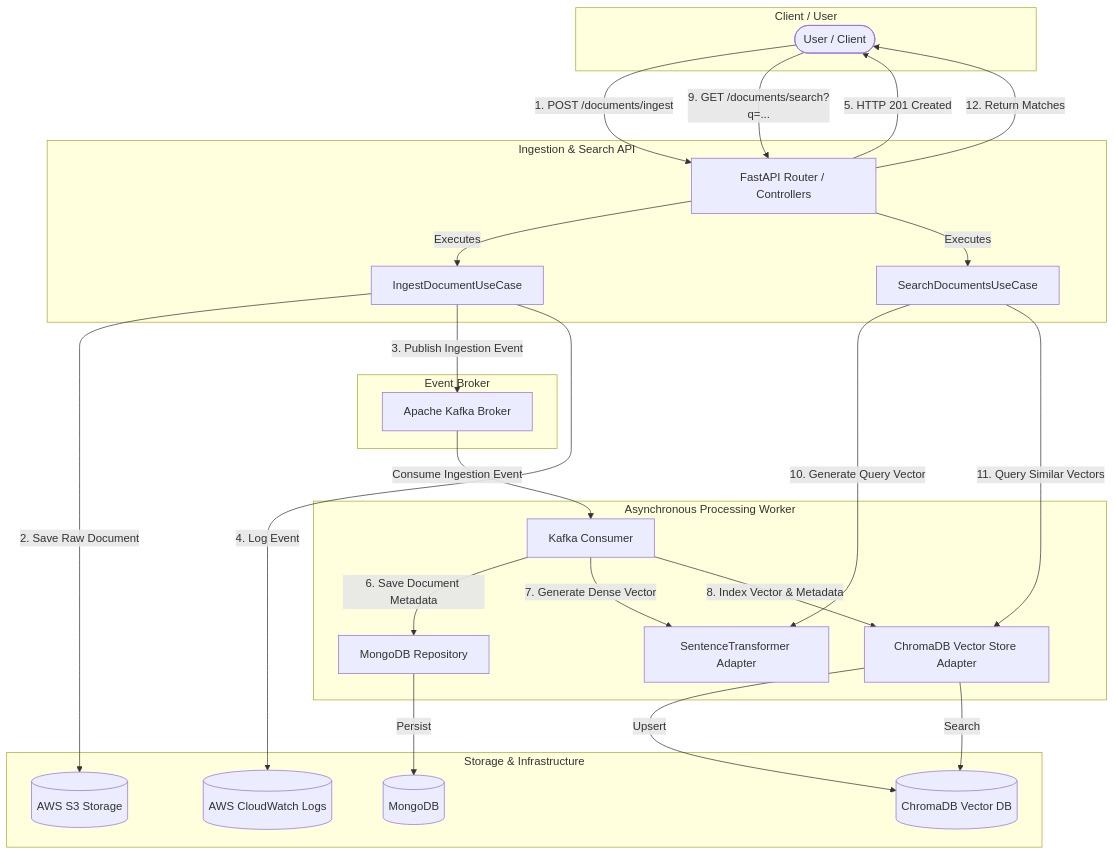
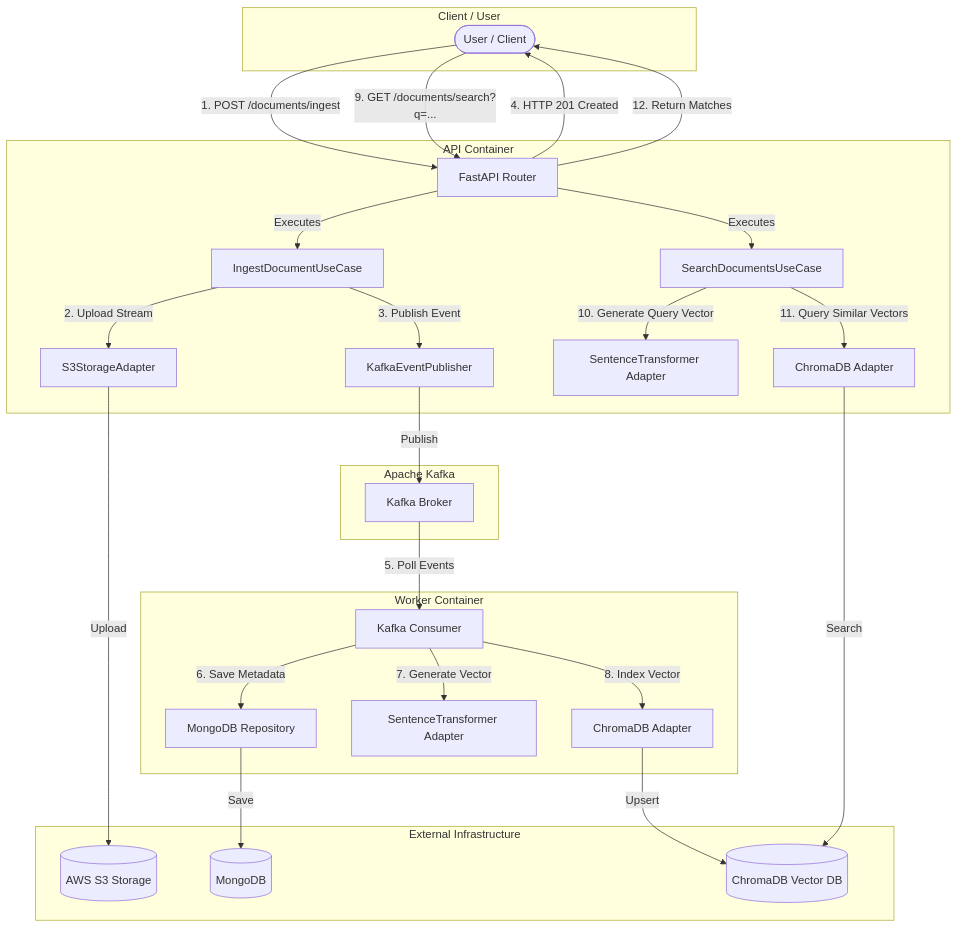
One commit to ryan-mant/semantic-search-engine changed the diagram in README.md. Above: the diagram before and after it, drawn with Mermaid.

Commit message:
docs(diagram): isolate API and Worker container runtimes in Mermaid architecture diagram

````diff
--- a/README.md
+++ b/README.md
@@ -26,52 +26,57 @@
 ```mermaid
 graph TD
     subgraph Client / User
         User([User / Client])
     end
 
-    subgraph API [Ingestion & Search API]
-        FastAPI[FastAPI Router / Controllers]
+    subgraph API [API Container]
+        FastAPI[FastAPI Router]
         IngestUC[IngestDocumentUseCase]
         SearchUC[SearchDocumentsUseCase]
+        
+        S3Adapter[S3StorageAdapter]
+        KafkaPublisher[KafkaEventPublisher]
+        ST_API[SentenceTransformer Adapter]
+        ChromaStore_API[ChromaDB Adapter]
     end
 
-    subgraph Messaging [Event Broker]
-        Kafka[Apache Kafka Broker]
+    subgraph Messaging [Apache Kafka]
+        Kafka[Kafka Broker]
     end
 
-    subgraph Worker [Asynchronous Processing Worker]
+    subgraph Worker [Worker Container]
         Consumer[Kafka Consumer]
-        ST[SentenceTransformer Adapter]
         MongoRep[MongoDB Repository]
-        ChromaStore[ChromaDB Vector Store Adapter]
+        ST_Worker[SentenceTransformer Adapter]
+        ChromaStore_Worker[ChromaDB Adapter]
     end
 
-    subgraph Storage [Storage & Infrastructure]
+    subgraph Databases & Storage [External Infrastructure]
         S3[(AWS S3 Storage)]
         Mongo[(MongoDB)]
         Chroma[(ChromaDB Vector DB)]
-        CW[(AWS CloudWatch Logs)]
     end
 
     %% Flows
     User -->|1. POST /documents/ingest| FastAPI
     FastAPI -->|Executes| IngestUC
-    IngestUC -->|2. Save Raw Document| S3
-    IngestUC -->|3. Publish Ingestion Event| Kafka
-    IngestUC -->|4. Log Event| CW
-    FastAPI -->|5. HTTP 201 Created| User
+    IngestUC -->|2. Upload Stream| S3Adapter
+    S3Adapter -->|Upload| S3
+    IngestUC -->|3. Publish Event| KafkaPublisher
+    KafkaPublisher -->|Publish| Kafka
+    FastAPI -->|4. HTTP 201 Created| User
 
-    Kafka -->|Consume Ingestion Event| Consumer
-    Consumer -->|6. Save Document Metadata| MongoRep
-    MongoRep -->|Persist| Mongo
-    Consumer -->|7. Generate Dense Vector| ST
-    Consumer -->|8. Index Vector & Metadata| ChromaStore
-    ChromaStore -->|Upsert| Chroma
+    Kafka -->|5. Poll Events| Consumer
+    Consumer -->|6. Save Metadata| MongoRep
+    MongoRep -->|Save| Mongo
+    Consumer -->|7. Generate Vector| ST_Worker
+    Consumer -->|8. Index Vector| ChromaStore_Worker
+    ChromaStore_Worker -->|Upsert| Chroma
 
     User -->|9. GET /documents/search?q=...| FastAPI
     FastAPI -->|Executes| SearchUC
-    SearchUC -->|10. Generate Query Vector| ST
-    SearchUC -->|11. Query Similar Vectors| ChromaStore
-    ChromaStore -->|Search| Chroma
+    SearchUC -->|10. Generate Query Vector| ST_API
+    SearchUC -->|11. Query Similar Vectors| ChromaStore_API
+    ChromaStore_API -->|Search| Chroma
     FastAPI -->|12. Return Matches| User
 ```
````
